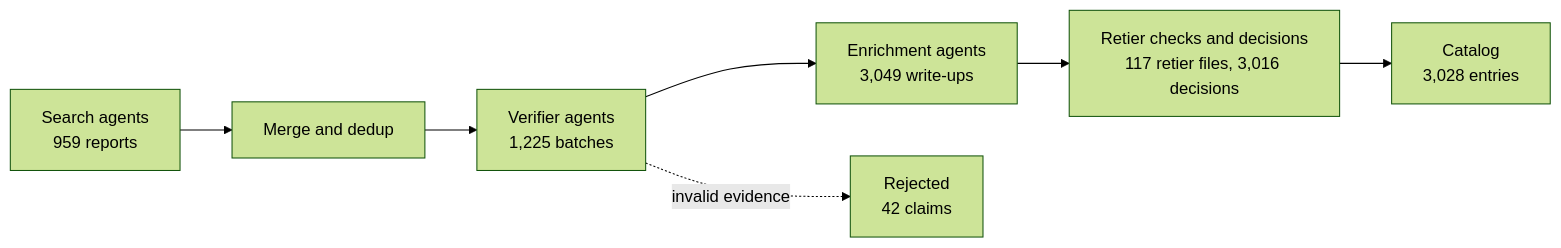
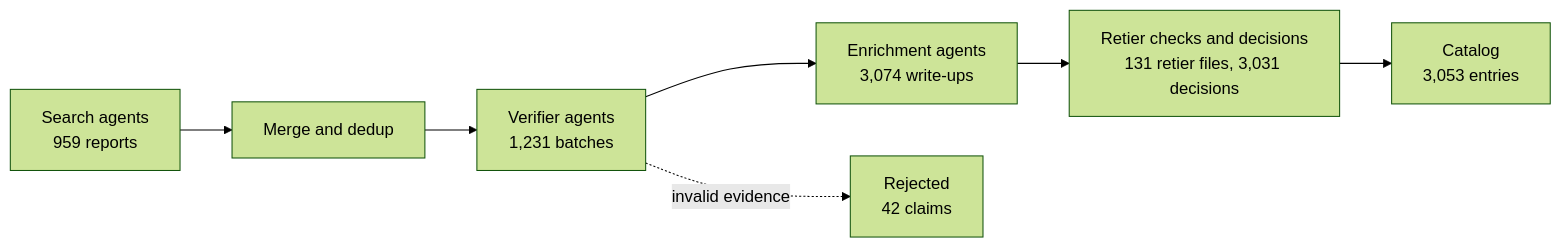
One commit to harrisjib216/fastplusplus changed the diagram in README.md. Above: the diagram before and after it, drawn with Mermaid (forest theme). The commit also changed other lines of this file and 125 other files, not shown here.

First line of the commit message:
data: record book seed-pass verifier batches and enrichments

````diff
--- a/README.md
+++ b/README.md
@@ -116,9 +116,9 @@
 ```mermaid
 flowchart LR
   S["Search agents<br/>959 reports"] --> M["Merge and dedup"]
-  M --> V["Verifier agents<br/>1,225 batches"]
-  V --> E["Enrichment agents<br/>3,049 write-ups"]
-  E --> R["Retier checks and decisions<br/>117 retier files, 3,016 decisions"]
-  R --> C["Catalog<br/>3,028 entries"]
+  M --> V["Verifier agents<br/>1,231 batches"]
+  V --> E["Enrichment agents<br/>3,074 write-ups"]
+  E --> R["Retier checks and decisions<br/>131 retier files, 3,031 decisions"]
+  R --> C["Catalog<br/>3,053 entries"]
   V -. invalid evidence .-> X["Rejected<br/>42 claims"]
 ```
````
